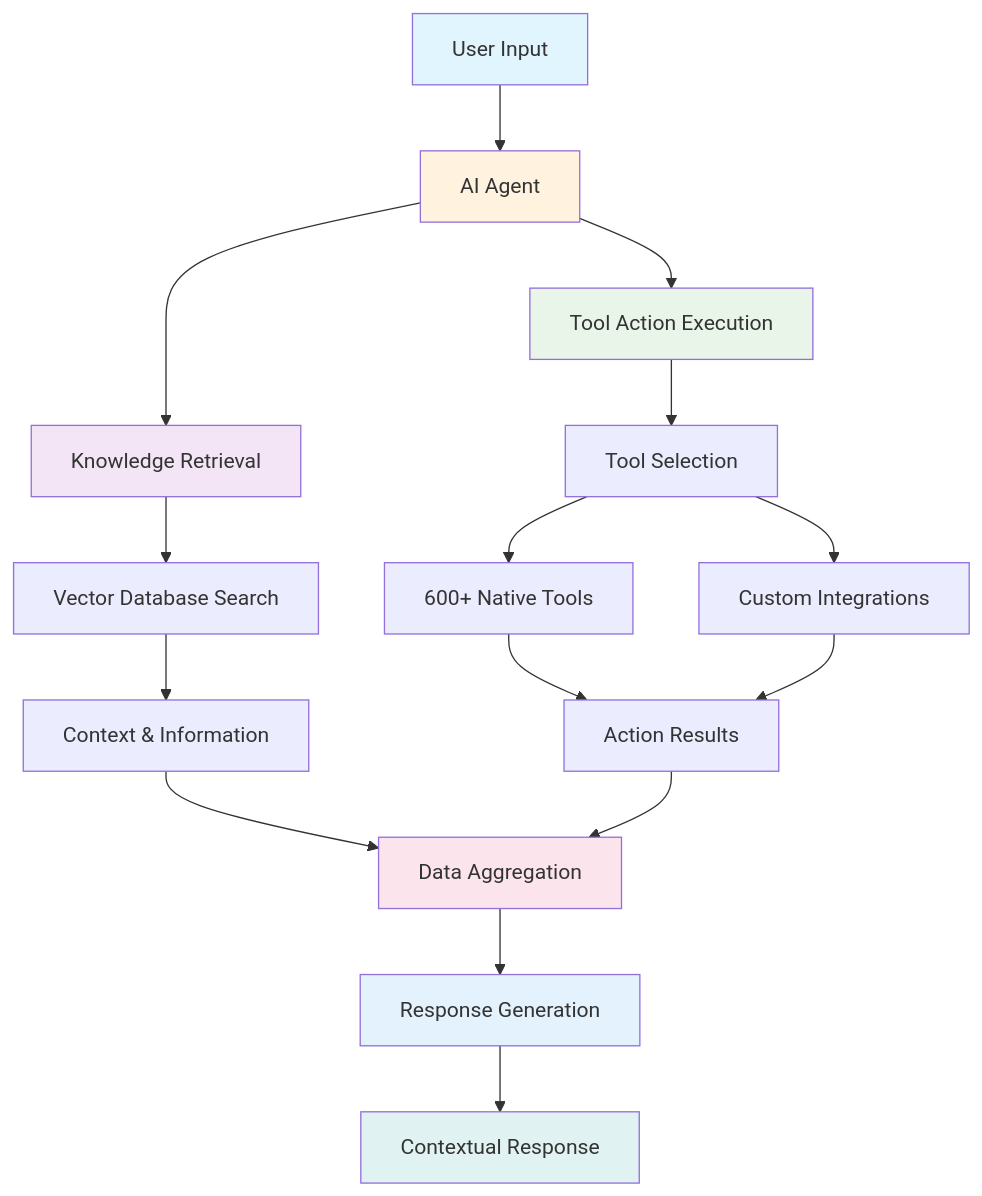
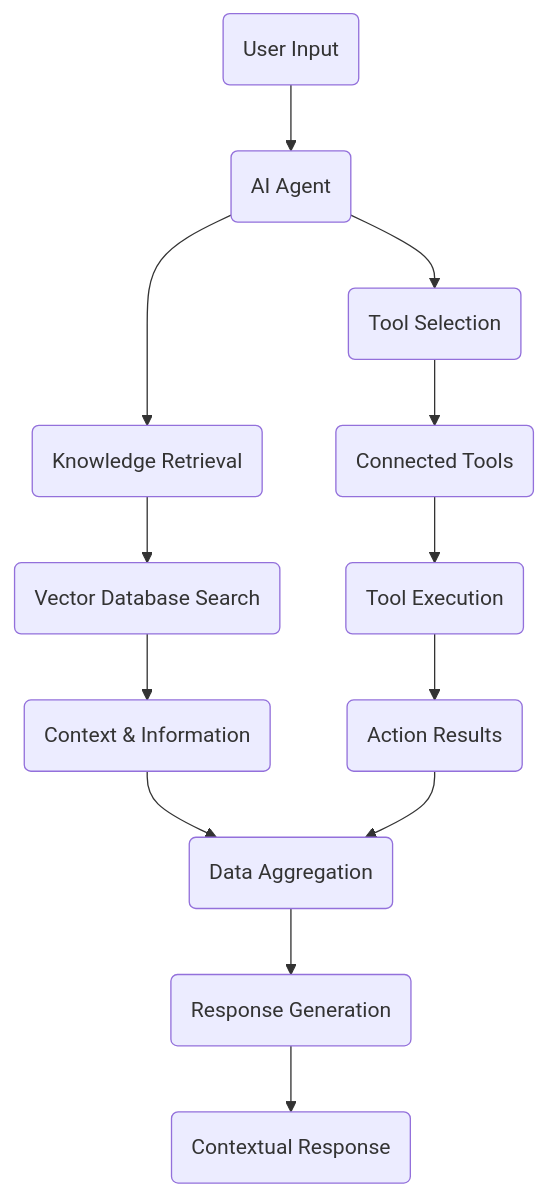
Before and after one commit to VENUCODE/docs: the first of 2 diagrams in platform-fundamentals/how-tars-works.mdx, drawn with Mermaid. The commit also changed other lines of this file and 18 other files, not shown here.

Commit message:
updated how tars works with tools, whatsapp, and livechat integration architecture

````diff
--- a/platform-fundamentals/how-tars-works.mdx
+++ b/platform-fundamentals/how-tars-works.mdx
@@ -47,29 +46,20 @@
 ```mermaid
 flowchart TD
-    A[User Input] --> B[AI Agent]
+    A(User Input) --> B(AI Agent)
 
-    B --> C[Knowledge Retrieval]
-    B --> D[Tool Action Execution]
+    B --> C(Knowledge Retrieval)
+    B --> D(Tool Selection)
+    
+    C --> E(Vector Database Search)
+    E --> F(Context & Information)
 
-    C --> E[Vector Database Search]
-    E --> F[Context & Information]
+    D --> G(Connected Tools)
+    G --> H(Tool Execution)
+    H --> I(Action Results)
 
-    D --> G[Tool Selection]
-    G --> H[600+ Native Tools]
-    G --> I[Custom Integrations]
-    H --> J[Action Results]
+    F --> J(Data Aggregation)
     I --> J
+    J --> K(Response Generation)
+    K --> L(Contextual Response)
 
-    F --> K[Data Aggregation]
-    J --> K
-    K --> L[Response Generation]
-    L --> M[Contextual Response]
-
-    style A fill:#e1f5fe
-    style B fill:#fff3e0
-    style C fill:#f3e5f5
-    style D fill:#e8f5e8
-    style K fill:#fce4ec
-    style L fill:#e3f2fd
-    style M fill:#e0f2f1
 ```
````
